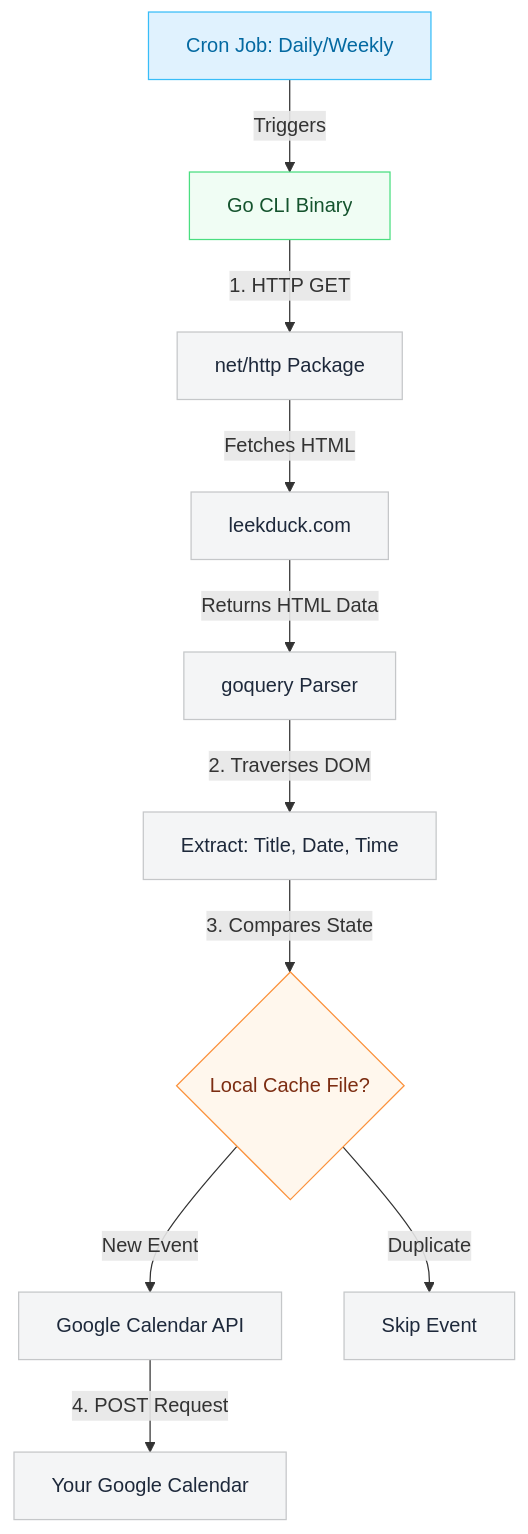
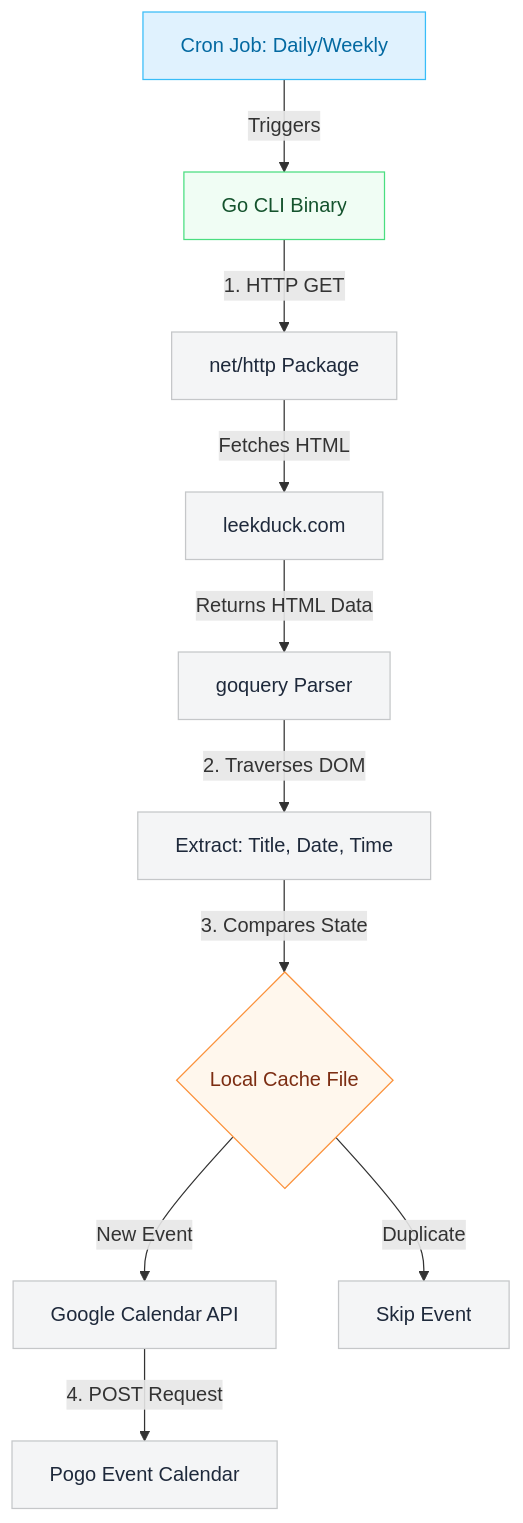
Before and after one commit to Hydrohaven/pogo-event-cal: the diagram in README.md, drawn with Mermaid. The commit also changed other lines of this file, not shown here.

Commit message:
fix: tweaked wording

````diff
--- a/README.md
+++ b/README.md
@@ -5,29 +5,29 @@
 ```mermaid
 graph TD
     %% Trigger Mechanism
     Cron[Cron Job: Daily/Weekly] -->|Triggers| App[Go CLI Binary]
 
     %% Ingestion Layer
     App -->|1. HTTP GET| NetHTTP[net/http Package]
     NetHTTP -->|Fetches HTML| LeekDuck[leekduck.com]
     LeekDuck -->|Returns HTML Data| GoQuery[goquery Parser]
     
     %% Processing Layer
     GoQuery -->|2. Traverses DOM| Extract[Extract: Title, Date, Time]
-    Extract -->|3. Compares State| Cache{Local Cache File?}
+    Extract -->|3. Compares State| Cache{Local Cache File}
     
     %% Output Layer
     Cache -->|New Event| GCal[Google Calendar API]
     Cache -->|Duplicate| Skip[Skip Event]
-    GCal -->|4. POST Request| Calendar[Your Google Calendar]
+    GCal -->|4. POST Request| Calendar[Pogo Event Calendar]
     
     %% Subtle/Professional Styling
     classDef default fill:#f4f5f6,stroke:#c5c7c9,stroke-width:1px,color:#1e293b;
     classDef trigger fill:#e0f2fe,stroke:#38bdf8,stroke-width:1px,color:#0369a1;
     classDef core fill:#f0fdf4,stroke:#4ade80,stroke-width:1px,color:#14532d;
     classDef logic fill:#fff7ed,stroke:#fb923c,stroke-width:1px,color:#7c2d12;
     
     class Cron trigger;
     class App core;
     class Cache logic;
 ```
````
